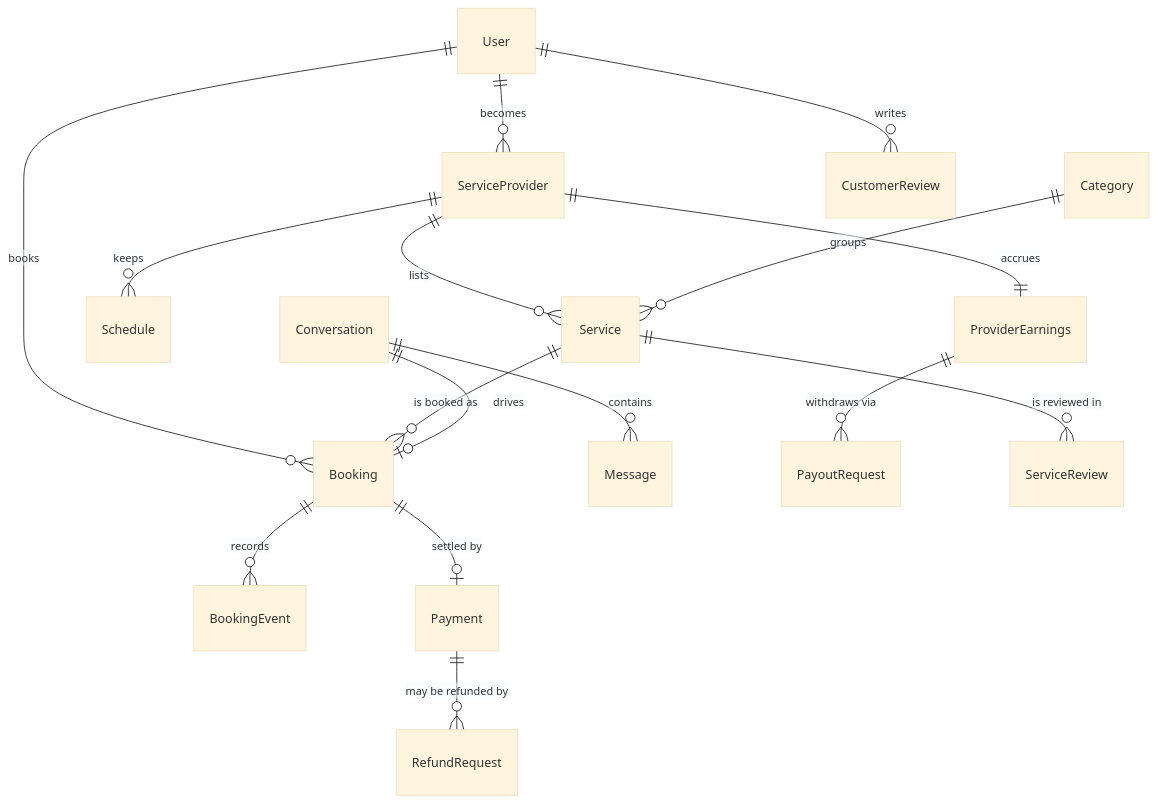
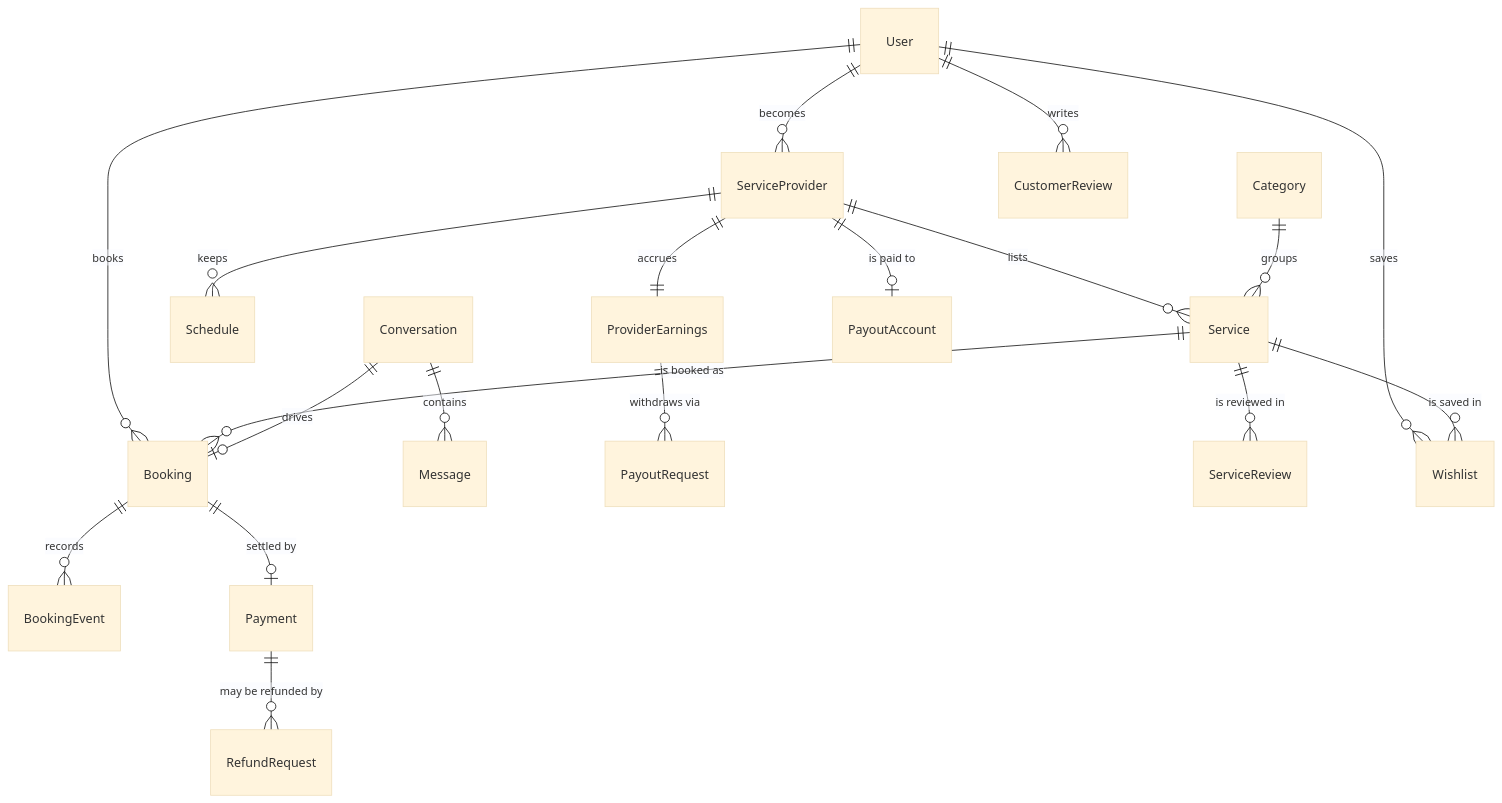
Before and after one commit to CS3203-Project/Zia: the second of 6 diagrams in README.md, drawn with Mermaid (base theme). The commit also changed other lines of this file, not shown here.

First line of the commit message:
Document the wishlist, payout accounts and message notifications

````diff
--- a/README.md
+++ b/README.md
@@ -130,18 +132,21 @@
 ```mermaid
 erDiagram
     User ||--o{ ServiceProvider : "becomes"
     User ||--o{ Booking : "books"
     ServiceProvider ||--o{ Service : "lists"
     ServiceProvider ||--o{ Schedule : "keeps"
     Category ||--o{ Service : "groups"
     Service ||--o{ Booking : "is booked as"
     Booking ||--o{ BookingEvent : "records"
     Booking ||--o| Payment : "settled by"
     Conversation ||--o| Booking : "drives"
     Conversation ||--o{ Message : "contains"
     ServiceProvider ||--|| ProviderEarnings : "accrues"
     ProviderEarnings ||--o{ PayoutRequest : "withdraws via"
     Payment ||--o{ RefundRequest : "may be refunded by"
     Service ||--o{ ServiceReview : "is reviewed in"
     User ||--o{ CustomerReview : "writes"
+    User ||--o{ Wishlist : "saves"
+    Service ||--o{ Wishlist : "is saved in"
+    ServiceProvider ||--o| PayoutAccount : "is paid to"
 ```
````
